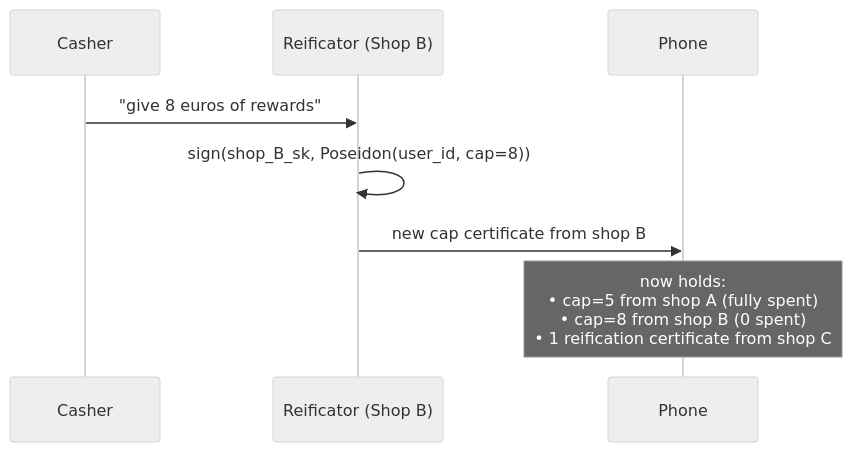
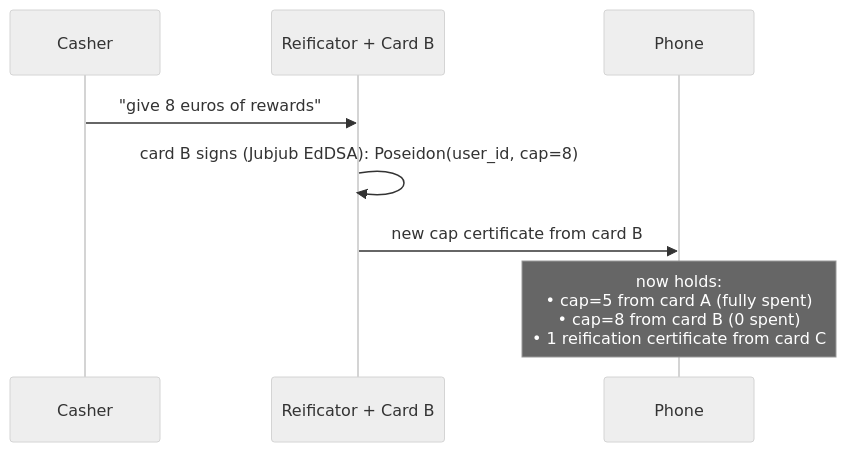
One commit to lambdasistemi/harvest changed the seventh of 8 diagrams in docs/protocol/lifecycle.md. Above: the diagram before and after it, drawn with Mermaid (neutral theme). The commit also changed other lines of this file and 9 other files, not shown here.

````diff
--- a/docs/protocol/lifecycle.md
+++ b/docs/protocol/lifecycle.md
@@ -146,11 +149,11 @@
 ```mermaid
 sequenceDiagram
     participant C as Casher
-    participant R as Reificator (Shop B)
+    participant R as Reificator + Card B
     participant P as Phone
 
     C->>R: "give 8 euros of rewards"
-    R->>R: sign(shop_B_sk, Poseidon(user_id, cap=8))
-    R->>P: new cap certificate from shop B
-    Note over P: now holds:<br/>• cap=5 from shop A (fully spent)<br/>• cap=8 from shop B (0 spent)<br/>• 1 reification certificate from shop C
+    R->>R: card B signs (Jubjub EdDSA): Poseidon(user_id, cap=8)
+    R->>P: new cap certificate from card B
+    Note over P: now holds:<br/>• cap=5 from card A (fully spent)<br/>• cap=8 from card B (0 spent)<br/>• 1 reification certificate from card C
 ```
````
